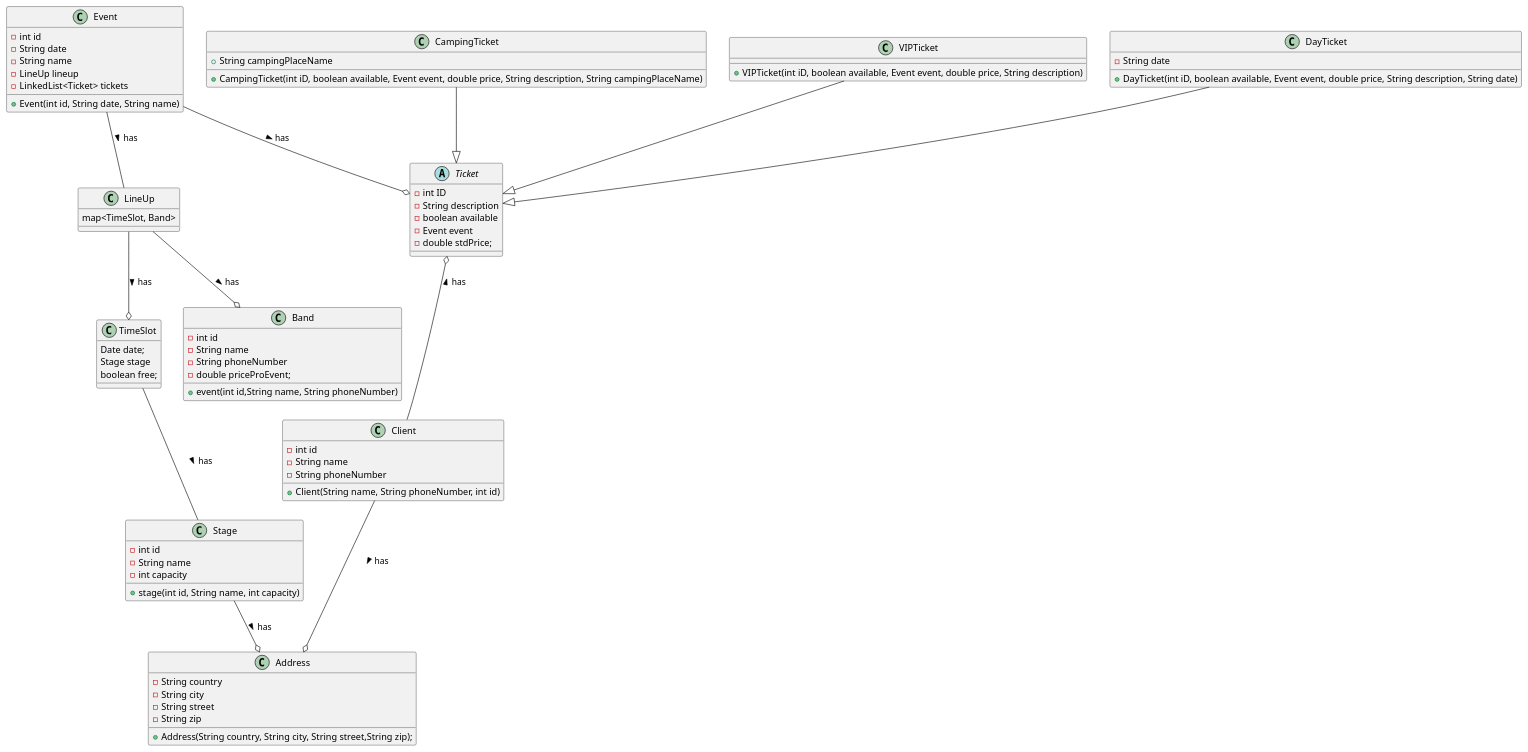
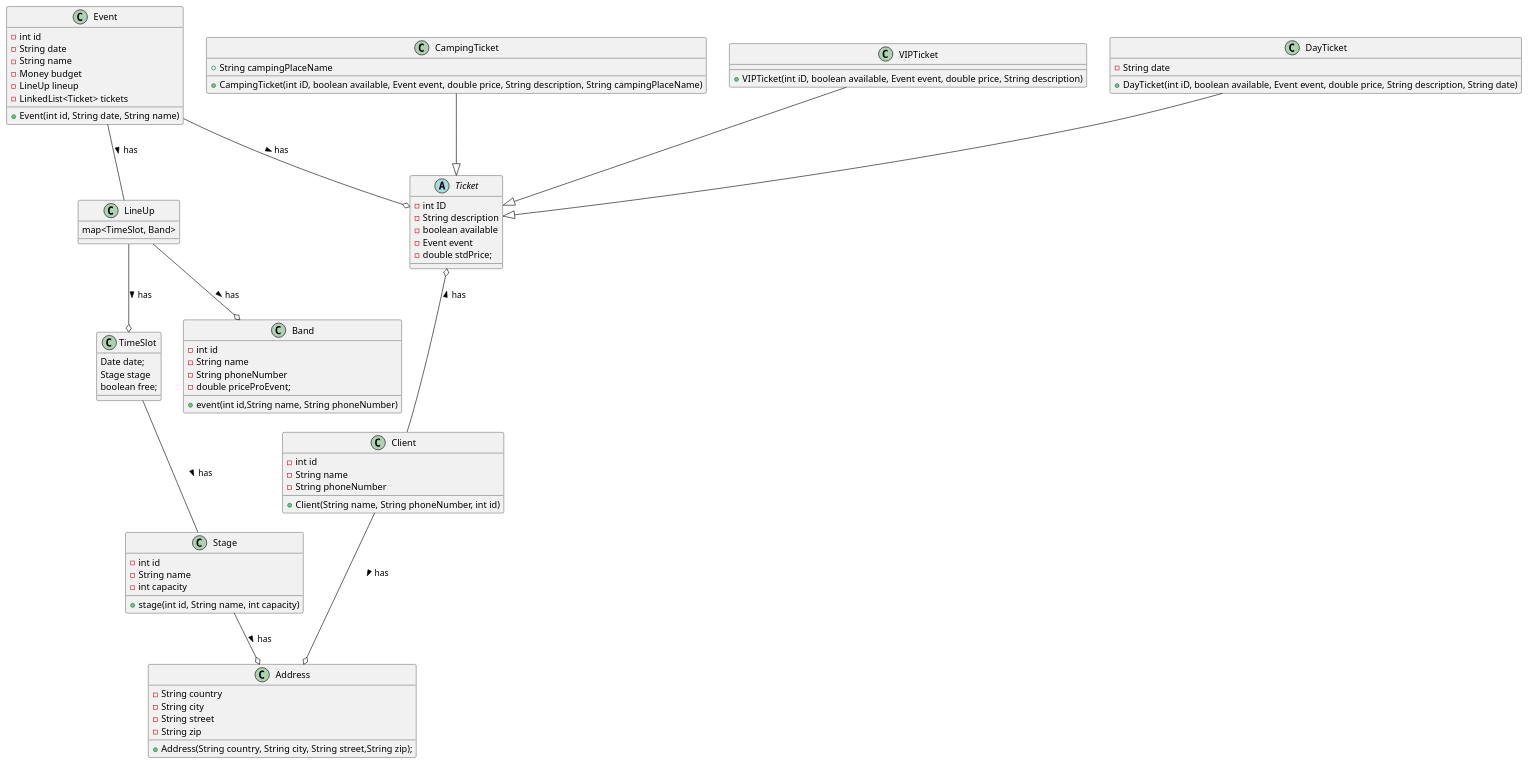
Before and after one commit to fh-erfurt/bord-festival: the diagram in classDiagram.iuml, drawn with PlantUML.

Commit message:
" classDiagram.iuml changed"

```diff
--- a/classDiagram.iuml
+++ b/classDiagram.iuml
@@ -1,77 +1,78 @@
 @startuml
 Event --o Ticket : > has
 Event -- LineUp : > has
 Ticket o-- Client : < has
 CampingTicket --|> Ticket
 VIPTicket --|> Ticket
 DayTicket --|> Ticket
 Stage --o Address : > has
 Client --o Address : > has
 TimeSlot -- Stage : > has
 LineUp --o TimeSlot : > has
 LineUp --o Band : > has
 
 
 class Client{
 -int id
 -String name
 -String phoneNumber
 +Client(String name, String phoneNumber, int id)
 }
 abstract class Ticket{
 -int ID
 -String description
 -boolean available
 -Event event
 -double stdPrice;
 }
 
 class Event{
 -int id
 -String date
 -String name
+-Money budget
 -LineUp lineup
 -LinkedList<Ticket> tickets
 +Event(int id, String date, String name)
 
 }
 class Band{
 -int id
 -String name
 -String phoneNumber
 -double priceProEvent;
 +event(int id,String name, String phoneNumber)
 }
 class Stage{
 -int id
 -String name
 -int capacity
 +stage(int id, String name, int capacity)
 }
 class Address{
 -String country
 -String city
 -String street
 -String zip
 +Address(String country, String city, String street,String zip);
 }
 class DayTicket{
 -String date
 +DayTicket(int iD, boolean available, Event event, double price, String description, String date)
 }
 class CampingTicket{
 +String campingPlaceName
 +CampingTicket(int iD, boolean available, Event event, double price, String description, String campingPlaceName)
 }
 class VIPTicket{
 +VIPTicket(int iD, boolean available, Event event, double price, String description)
 }
 class LineUp{
 map<TimeSlot, Band>
 }
 class TimeSlot{
 Date date;
 Stage stage
 boolean free;
 }
 @enduml
```
